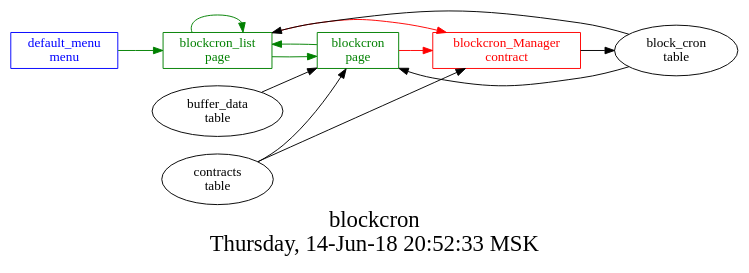
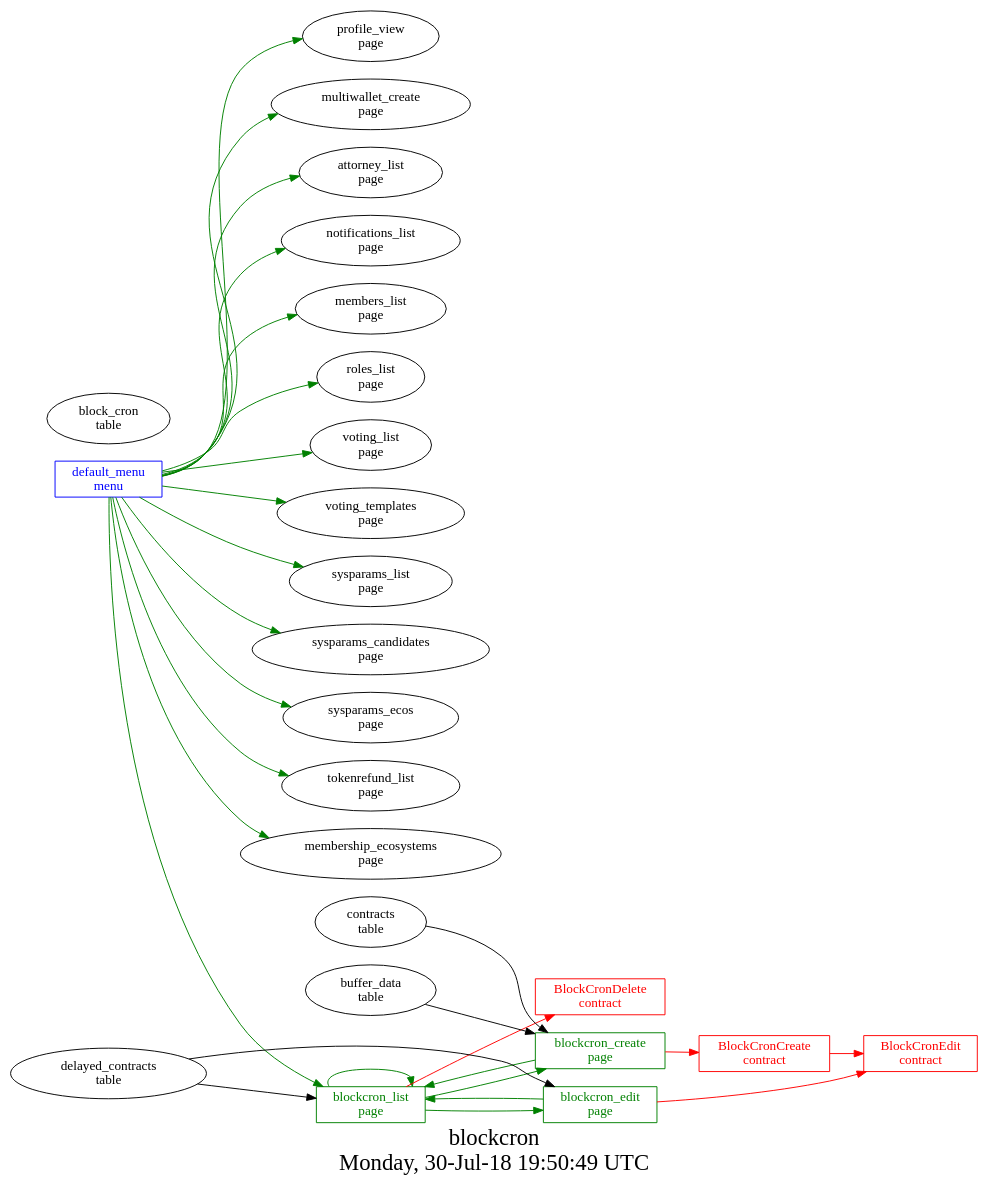
The diagram in src/blockcron/struct.dot (AplaProject/apps), drawn with Graphviz before and after one commit. The commit also changed 12 other files, not shown here.

Commit message:
BlockCron with NewDelayedContract and EditDeleyedContract

```diff
--- a/src/blockcron/struct.dot
+++ b/src/blockcron/struct.dot
@@ -1,27 +1,45 @@
 digraph G {
 graph [
   fontsize="24";
-  label="blockcron\nThursday, 14-Jun-18 20:52:33 MSK";
+  label="blockcron\nMonday, 30-Jul-18 19:50:49 UTC";
   nojustify=true;
   ordering=out;
   rankdir=LR;
   size="30";
 ];
+"default_menu\nmenu" -> "profile_view\npage"  [ color=green ]
+"default_menu\nmenu" -> "multiwallet_create\npage"  [ color=green ]
+"default_menu\nmenu" -> "attorney_list\npage"  [ color=green ]
+"default_menu\nmenu" -> "notifications_list\npage"  [ color=green ]
+"default_menu\nmenu" -> "members_list\npage"  [ color=green ]
+"default_menu\nmenu" -> "roles_list\npage"  [ color=green ]
+"default_menu\nmenu" -> "voting_list\npage"  [ color=green ]
+"default_menu\nmenu" -> "voting_templates\npage"  [ color=green ]
+"default_menu\nmenu" -> "sysparams_list\npage"  [ color=green ]
+"default_menu\nmenu" -> "sysparams_candidates\npage"  [ color=green ]
+"default_menu\nmenu" -> "sysparams_ecos\npage"  [ color=green ]
+"default_menu\nmenu" -> "tokenrefund_list\npage"  [ color=green ]
+"default_menu\nmenu" -> "membership_ecosystems\npage"  [ color=green ]
 "default_menu\nmenu" -> "blockcron_list\npage"  [ color=green ]
 "default_menu\nmenu" [color=blue, fontcolor=blue, group=menus, shape=record];
-"blockcron\npage" -> "blockcron_Manager\ncontract"  [ color=red ]
-"block_cron\ntable" -> "blockcron\npage"
-"contracts\ntable" -> "blockcron\npage"
-"buffer_data\ntable" -> "blockcron\npage"
-"blockcron\npage" -> "blockcron_list\npage"  [ color=green ]
-"blockcron\npage" [color=green, fontcolor=green, group=pages, shape=record];
-"blockcron_list\npage" -> "blockcron_Manager\ncontract"  [ color=red ]
-"block_cron\ntable" -> "blockcron_list\npage"
-"blockcron_list\npage" -> "blockcron\npage"  [ color=green ]
+"blockcron_create\npage" -> "BlockCronCreate\ncontract"  [ color=red ]
+"buffer_data\ntable" -> "blockcron_create\npage"
+"contracts\ntable" -> "blockcron_create\npage"
+"blockcron_create\npage" -> "blockcron_list\npage"  [ color=green ]
+"blockcron_create\npage" [color=green, fontcolor=green, group=pages, shape=record];
+"blockcron_edit\npage" -> "BlockCronEdit\ncontract"  [ color=red ]
+"delayed_contracts\ntable" -> "blockcron_edit\npage"
+"blockcron_edit\npage" -> "blockcron_list\npage"  [ color=green ]
+"blockcron_edit\npage" [color=green, fontcolor=green, group=pages, shape=record];
+"blockcron_list\npage" -> "BlockCronDelete\ncontract"  [ color=red ]
+"delayed_contracts\ntable" -> "blockcron_list\npage"
+"blockcron_list\npage" -> "blockcron_create\npage"  [ color=green ]
 "blockcron_list\npage" -> "blockcron_list\npage"  [ color=green ]
+"blockcron_list\npage" -> "blockcron_edit\npage"  [ color=green ]
 "blockcron_list\npage" [color=green, fontcolor=green, group=pages, shape=record];
-"blockcron_Manager\ncontract" -> "block_cron\ntable"  [ color="" ]
-"contracts\ntable" -> "blockcron_Manager\ncontract"
-"blockcron_Manager\ncontract" [color=red, fontcolor=red, group=contracts, shape=record];
+"BlockCronCreate\ncontract" -> "BlockCronEdit\ncontract"  [ color=red ]
+"BlockCronCreate\ncontract" [color=red, fontcolor=red, group=contracts, shape=record];
+"BlockCronDelete\ncontract" [color=red, fontcolor=red, group=contracts, shape=record];
+"BlockCronEdit\ncontract" [color=red, fontcolor=red, group=contracts, shape=record];
 "block_cron\ntable" [color="", fontcolor="", group=tables, shape=""];
 }
```
